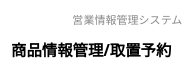
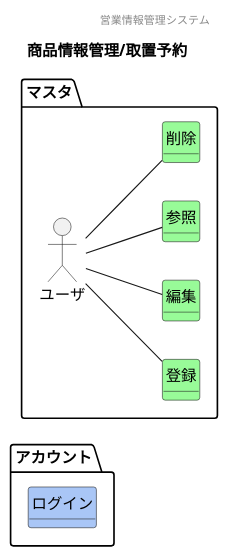
The diagram in 各種設計書/1ドメインモデル図/商品情報管理/F09取置予約.plantuml (HaruShim/Sotuken), drawn with PlantUML before and after one commit. The commit also changed 13 other files, not shown here.

```diff
--- a/各種設計書/1ドメインモデル図/商品情報管理/F09取置予約.plantuml
+++ b/各種設計書/1ドメインモデル図/商品情報管理/F09取置予約.plantuml
@@ -1,15 +1,38 @@
 @startuml images/商品情報管理/取置予約
 ' ヘッダー
 header 営業情報管理システム
 ' タイトル
 title 商品情報管理/取置予約
 ' 
 hide circle
 ' 
 hide method
+left to right direction
 
+package "アカウント"{
+    class "ログイン" #A9C6F6
+}
 
+package "マスタ" {
+    'ユーザや外部システム
+    mix_actor "ユーザ"
+    class "登録" #98fb98
+    class "編集" #98fb98
+    class "参照" #98fb98
+    class "削除" #98fb98
+    ' class "" #F5A9BC
+    ' class "" #ffd700
+
+    'モデル同士の関係
+    ユーザ -- 参照
+    ユーザ -- 登録
+    ユーザ -- 編集
+    ユーザ -- 削除
+
+    'ドメインクラスの属性
+
+}
 
 
 
 @enduml
```
